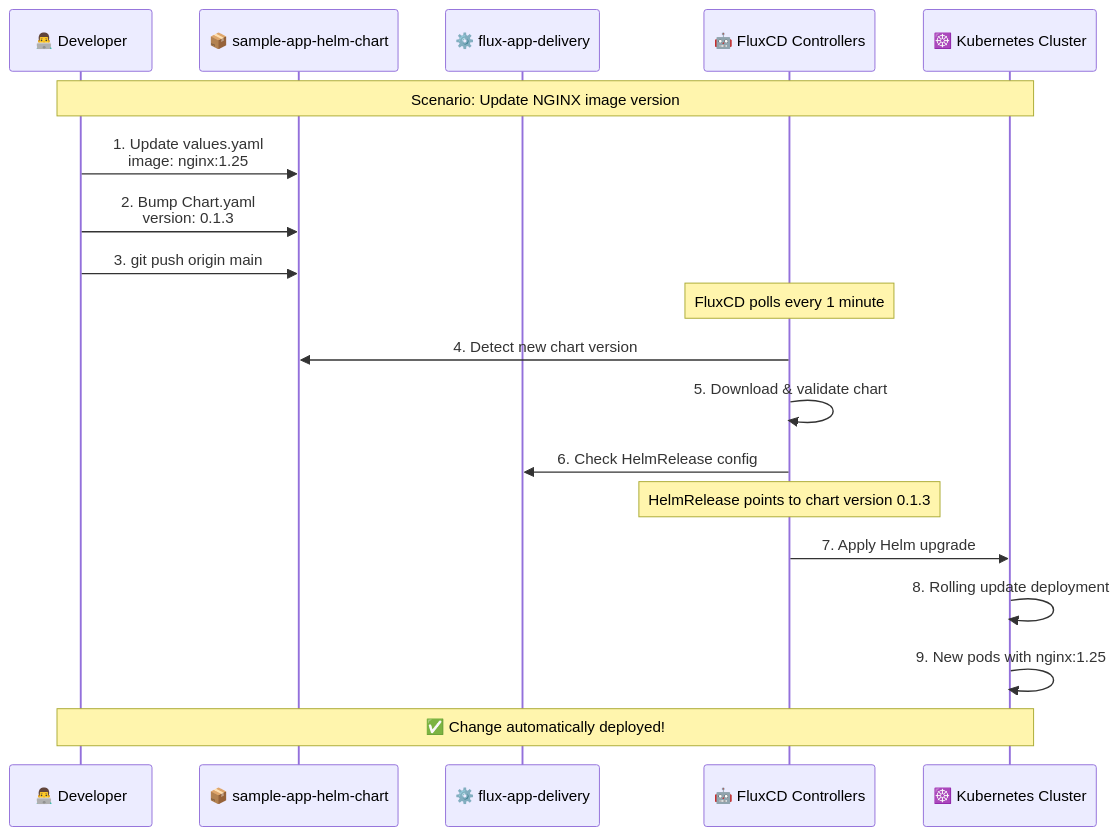
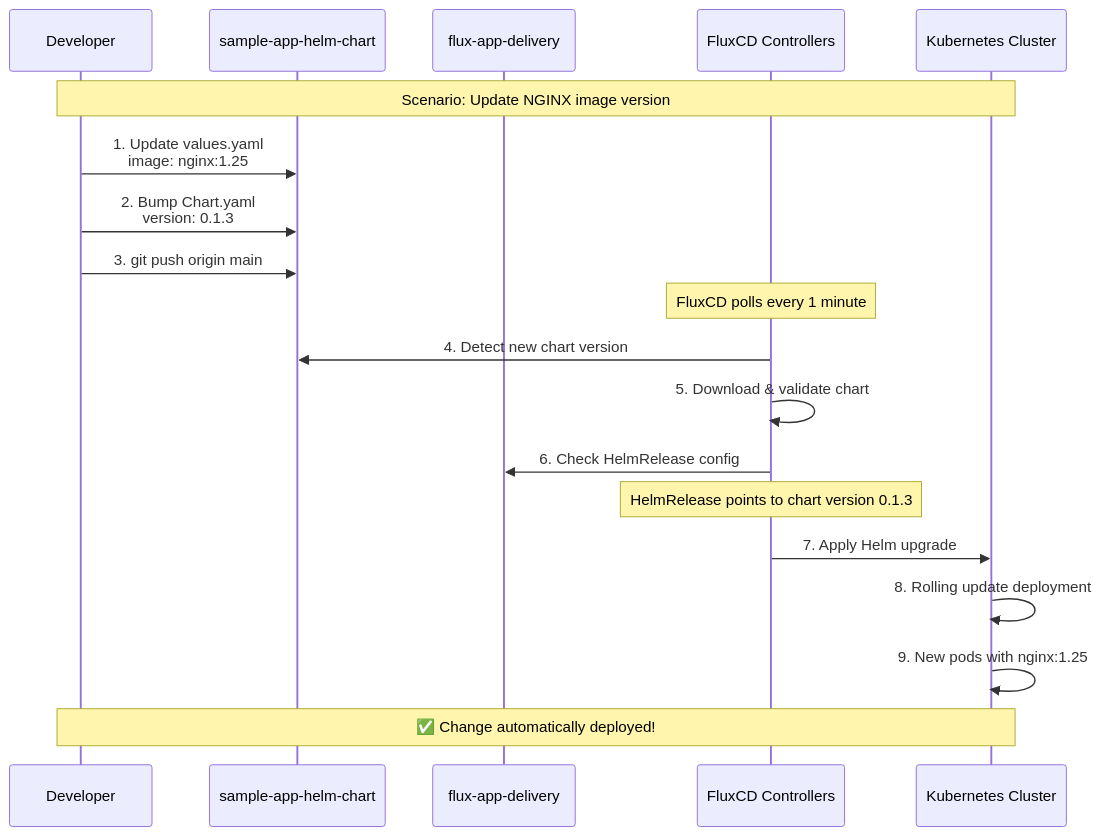
Before and after one commit to paraskanwarit/fluxcd-gitops: the third of 4 diagrams in demo-diagrams/gitops-workflow.md, drawn with Mermaid. The commit also changed other lines of this file and 4 other files, not shown here.

````diff
--- a/demo-diagrams/gitops-workflow.md
+++ b/demo-diagrams/gitops-workflow.md
@@ -78,28 +78,28 @@
 ```mermaid
 sequenceDiagram
-    participant Dev as 👨‍💻 Developer
-    participant HelmRepo as 📦 sample-app-helm-chart
-    participant FluxRepo as ⚙️ flux-app-delivery
-    participant FluxCD as 🤖 FluxCD Controllers
-    participant K8s as ☸️ Kubernetes Cluster
+    participant Dev as Developer
+    participant HelmRepo as sample-app-helm-chart
+    participant FluxRepo as flux-app-delivery
+    participant FluxCD as FluxCD Controllers
+    participant K8s as Kubernetes Cluster
     
     Note over Dev,K8s: Scenario: Update NGINX image version
     
     Dev->>HelmRepo: 1. Update values.yaml<br/>image: nginx:1.25
     Dev->>HelmRepo: 2. Bump Chart.yaml<br/>version: 0.1.3
     Dev->>HelmRepo: 3. git push origin main
     
     Note over FluxCD: FluxCD polls every 1 minute
     
     FluxCD->>HelmRepo: 4. Detect new chart version
     FluxCD->>FluxCD: 5. Download & validate chart
     
     FluxCD->>FluxRepo: 6. Check HelmRelease config
     Note over FluxCD: HelmRelease points to chart version 0.1.3
     
     FluxCD->>K8s: 7. Apply Helm upgrade
     K8s->>K8s: 8. Rolling update deployment
     K8s->>K8s: 9. New pods with nginx:1.25
     
     Note over Dev,K8s: ✅ Change automatically deployed!
 ```
````
